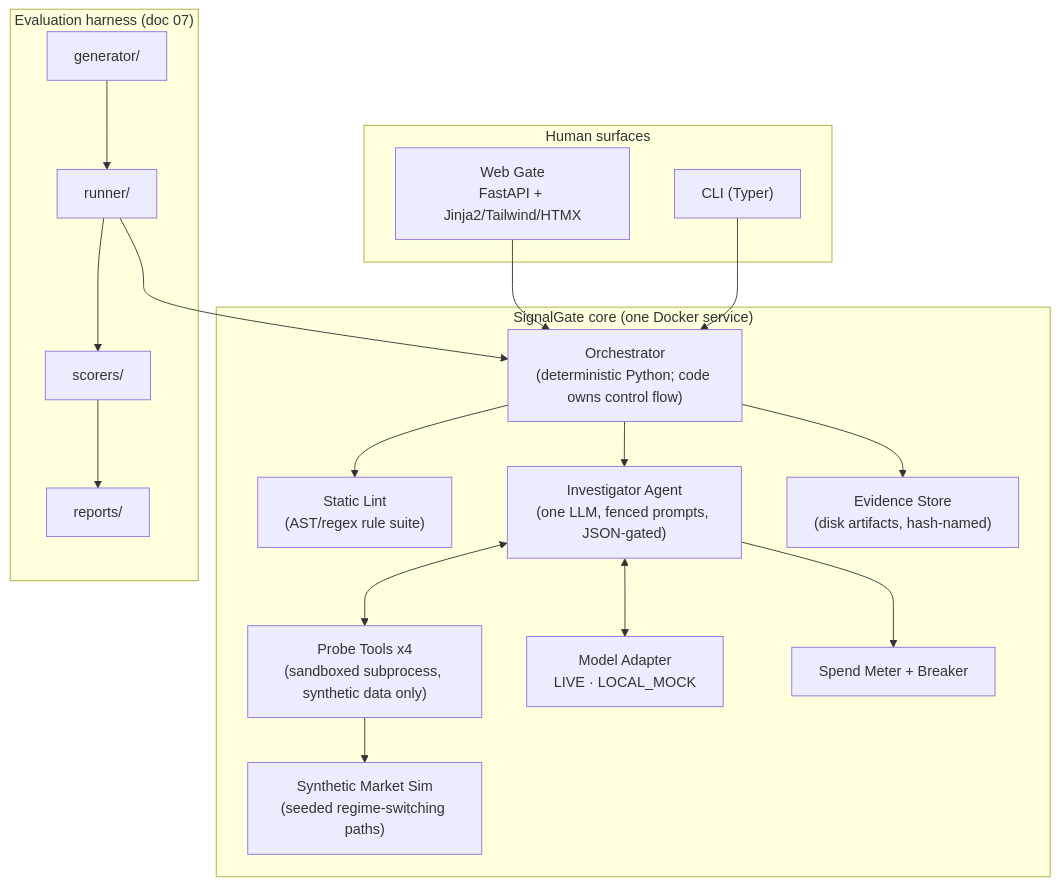
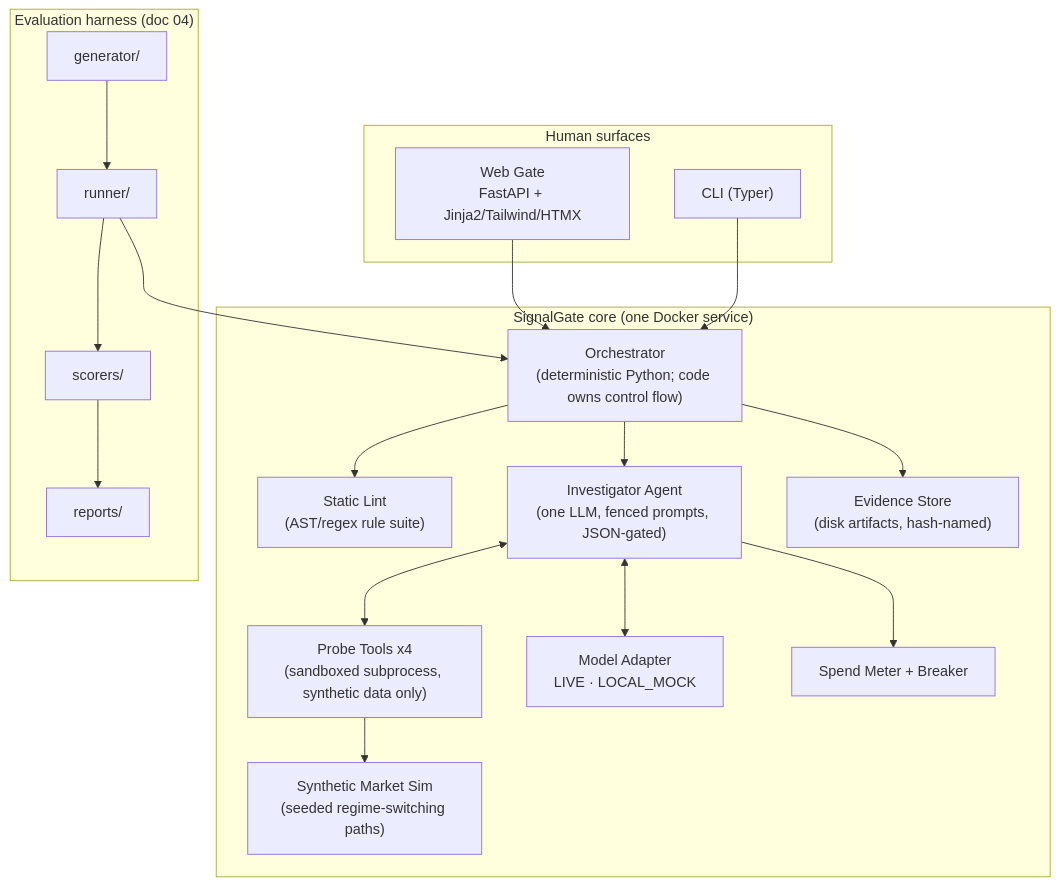
The second of 4 diagrams in docs/03-architecture.md (Prakhar2025/SignalGate), drawn with Mermaid before and after one commit. The commit also changed 31 other files, not shown here.

````diff
--- a/docs/03-architecture.md
+++ b/docs/03-architecture.md
@@ -43,31 +43,31 @@
 ```mermaid
 flowchart TB
     subgraph Surfaces["Human surfaces"]
         WEB["Web Gate<br/>FastAPI + Jinja2/Tailwind/HTMX"]
         CLI["CLI (Typer)"]
     end
     subgraph Core["SignalGate core (one Docker service)"]
         ORC["Orchestrator<br/>(deterministic Python; code owns control flow)"]
         LINT["Static Lint<br/>(AST/regex rule suite)"]
         AGT["Investigator Agent<br/>(one LLM, fenced prompts, JSON-gated)"]
         PRB["Probe Tools x4<br/>(sandboxed subprocess, synthetic data only)"]
         SIM["Synthetic Market Sim<br/>(seeded regime-switching paths)"]
         ADP["Model Adapter<br/>LIVE · LOCAL_MOCK"]
         BUN["Evidence Store<br/>(disk artifacts, hash-named)"]
         BRK["Spend Meter + Breaker"]
     end
-    subgraph Eval["Evaluation harness (doc 07)"]
+    subgraph Eval["Evaluation harness (doc 04)"]
         GEN["generator/"] --> RUN["runner/"]
         RUN --> SCO["scorers/"] --> REP["reports/"]
     end
     WEB --> ORC
     CLI --> ORC
     ORC --> LINT
     ORC --> AGT
     AGT <--> PRB
     PRB --> SIM
     AGT <--> ADP
     ORC --> BUN
     AGT --> BRK
     RUN --> ORC
 ```
````
